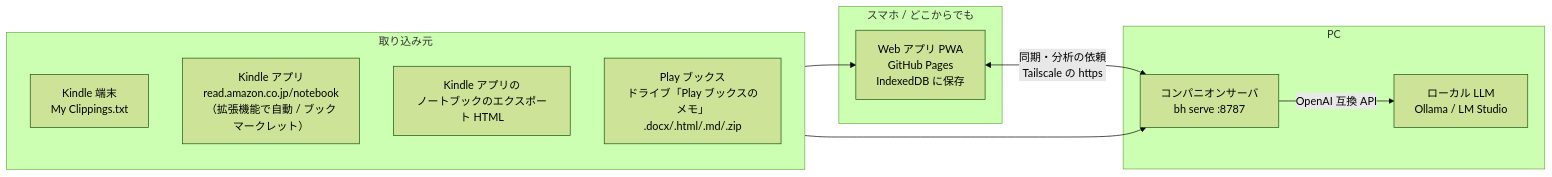
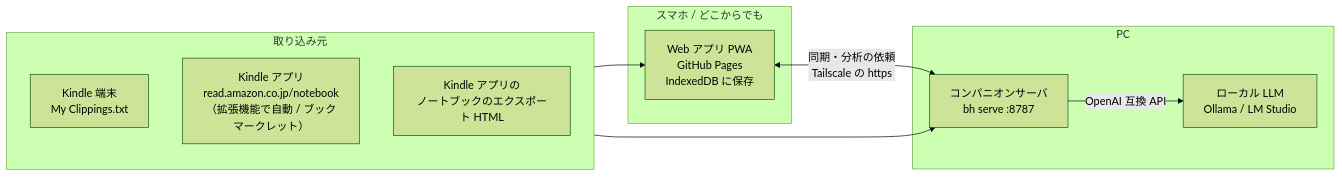
One commit to nihi566/bookshelf changed the diagram in README.md. Above: the diagram before and after it, drawn with Mermaid (forest theme). The commit also changed other lines of this file and 28 other files, not shown here.

````diff
--- a/README.md
+++ b/README.md
@@ -22,20 +22,19 @@
 ```mermaid
 flowchart LR
   subgraph Sources[取り込み元]
     K1[Kindle 端末<br>My Clippings.txt]
     K2[Kindle アプリ<br>read.amazon.co.jp/notebook<br>（拡張機能で自動 / ブックマークレット）]
     K3[Kindle アプリの<br>ノートブックのエクスポート HTML]
-    P1[Play ブックス<br>ドライブ「Play ブックスのメモ」<br>.docx/.html/.md/.zip]
   end
   subgraph Phone[スマホ / どこからでも]
     W[Web アプリ PWA<br>GitHub Pages<br>IndexedDB に保存]
   end
   subgraph PC[PC]
     C[コンパニオンサーバ<br>bh serve :8787]
     L[ローカル LLM<br>Ollama / LM Studio]
   end
   Sources --> W
   Sources --> C
   W <-- 同期・分析の依頼<br>Tailscale の https --> C
   C -- OpenAI 互換 API --> L
 ```
````
